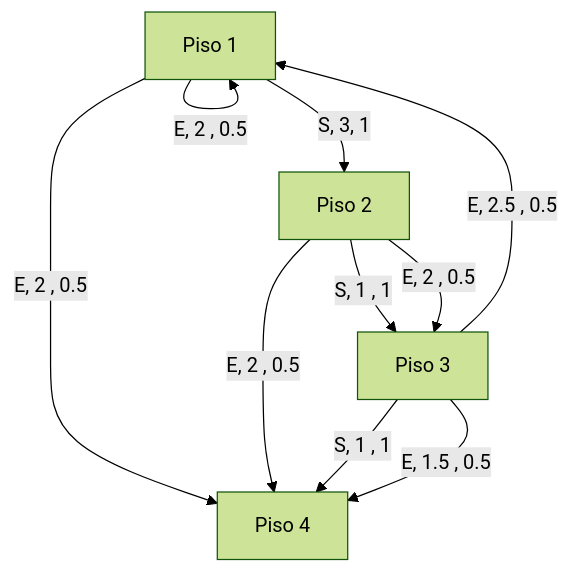
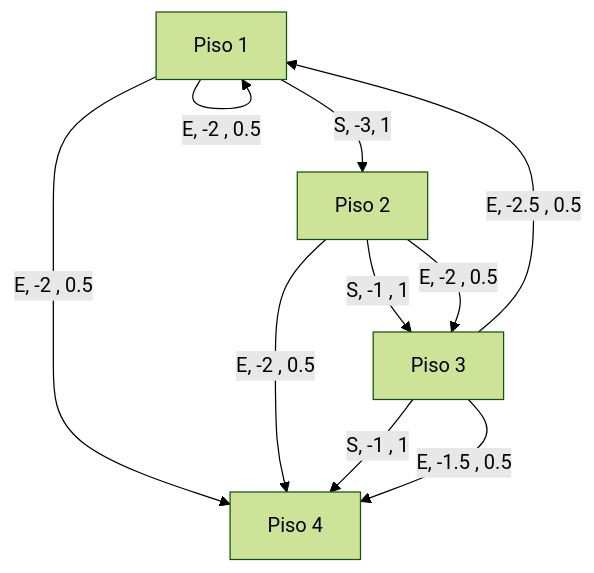
One commit to BRJoaquin/ia-obsidian changed the first of 2 diagrams in Agentes inteligentes/Practico/MDP y Programación dinámica/Escaleras mágicas.md. Above: the diagram before and after it, drawn with Mermaid (forest theme). The commit also changed other lines of this file, not shown here.

````diff
--- a/Agentes inteligentes/Practico/MDP y Programación dinámica/Escaleras mágicas.md
+++ b/Agentes inteligentes/Practico/MDP y Programación dinámica/Escaleras mágicas.md
@@ -4,16 +4,16 @@
 ```mermaid
 graph TD
 	A[Piso 1]
 	B[Piso 2]
 	C[Piso 3]
 	D[Piso 4]
-    A -->|S, 3, 1| B
-    A -->|E, 2 , 0.5| A
-    A -->|E, 2 , 0.5| D
-    B -->|S, 1 , 1| C
-    B -->|E, 2 , 0.5| C
-    B -->|E, 2 , 0.5| D
-    C -->|S, 1 , 1| D
-    C -->|E, 2.5 , 0.5| A
-    C -->|E, 1.5 , 0.5| D
+    A -->|S, -3, 1| B
+    A -->|E, -2 , 0.5| A
+    A -->|E, -2 , 0.5| D
+    B -->|S, -1 , 1| C
+    B -->|E, -2 , 0.5| C
+    B -->|E, -2 , 0.5| D
+    C -->|S, -1 , 1| D
+    C -->|E, -2.5 , 0.5| A
+    C -->|E, -1.5 , 0.5| D
 ```
````
